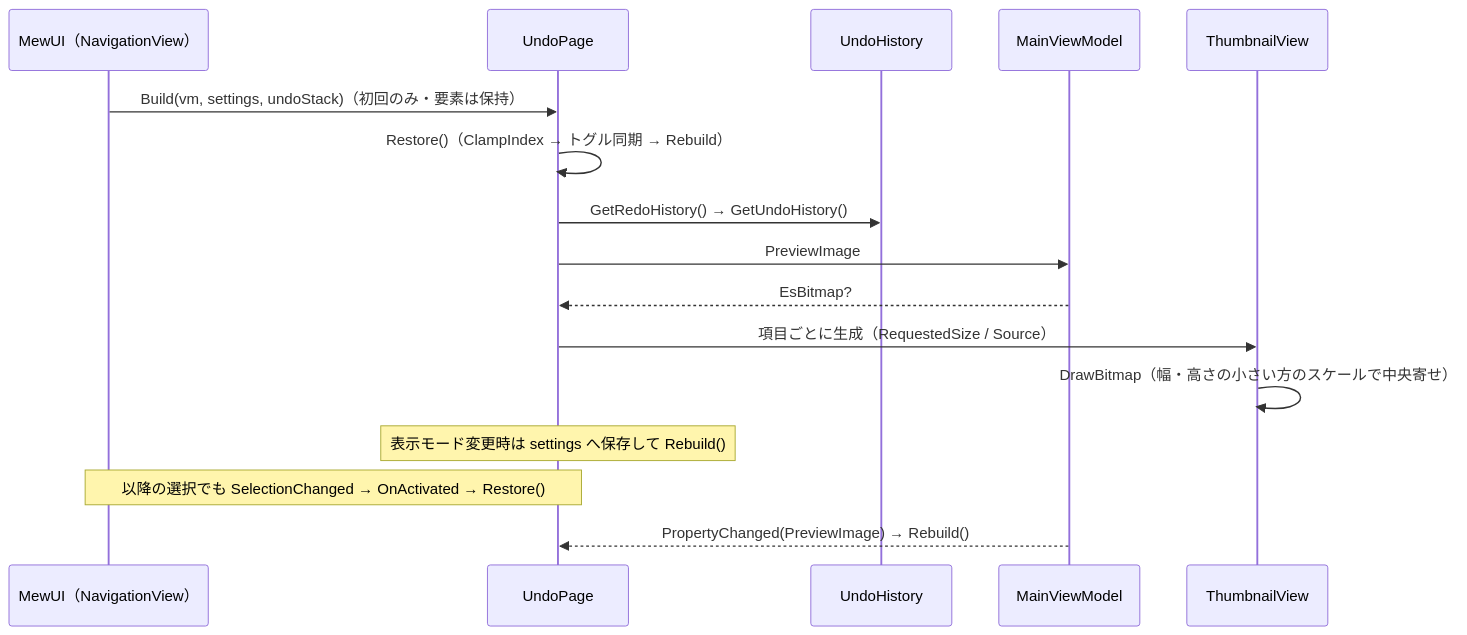
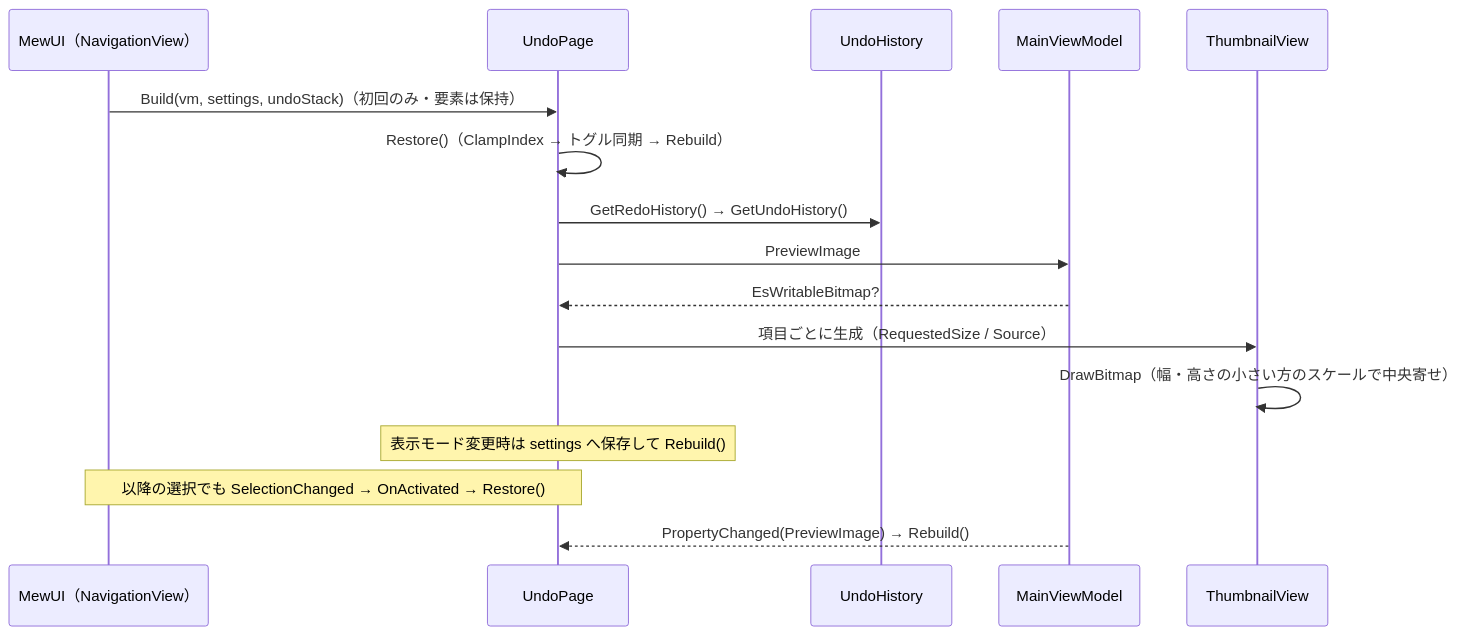
The ninth of 12 diagrams in src/App.MewUI/docs/SPEC_System.md (tomokuni/SaveEvidence), drawn with Mermaid before and after one commit. The commit also changed other lines of this file and 33 other files, not shown here.

````diff
--- a/src/App.MewUI/docs/SPEC_System.md
+++ b/src/App.MewUI/docs/SPEC_System.md
@@ -512,19 +512,19 @@
 ```mermaid
 sequenceDiagram
     participant MW as MewUI（NavigationView）
     participant UP as UndoPage
     participant US as UndoHistory
     participant VM as MainViewModel
     participant TV as ThumbnailView
 
     MW->>UP: Build(vm, settings, undoStack)（初回のみ・要素は保持）
     UP->>UP: Restore()（ClampIndex → トグル同期 → Rebuild）
     UP->>US: GetRedoHistory() → GetUndoHistory()
     UP->>VM: PreviewImage
-    VM-->>UP: EsBitmap?
+    VM-->>UP: EsWritableBitmap?
     UP->>TV: 項目ごとに生成（RequestedSize / Source）
     TV->>TV: DrawBitmap（幅・高さの小さい方のスケールで中央寄せ）
     Note over UP: 表示モード変更時は settings へ保存して Rebuild()
     Note over MW,UP: 以降の選択でも SelectionChanged → OnActivated → Restore()
     VM-->>UP: PropertyChanged(PreviewImage) → Rebuild()
 ```
````
